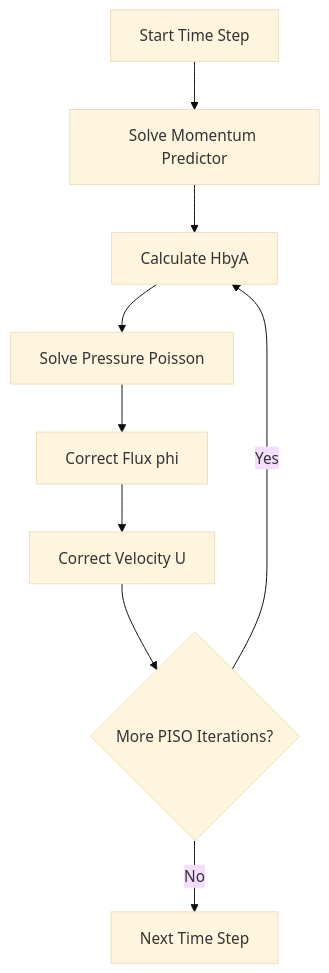
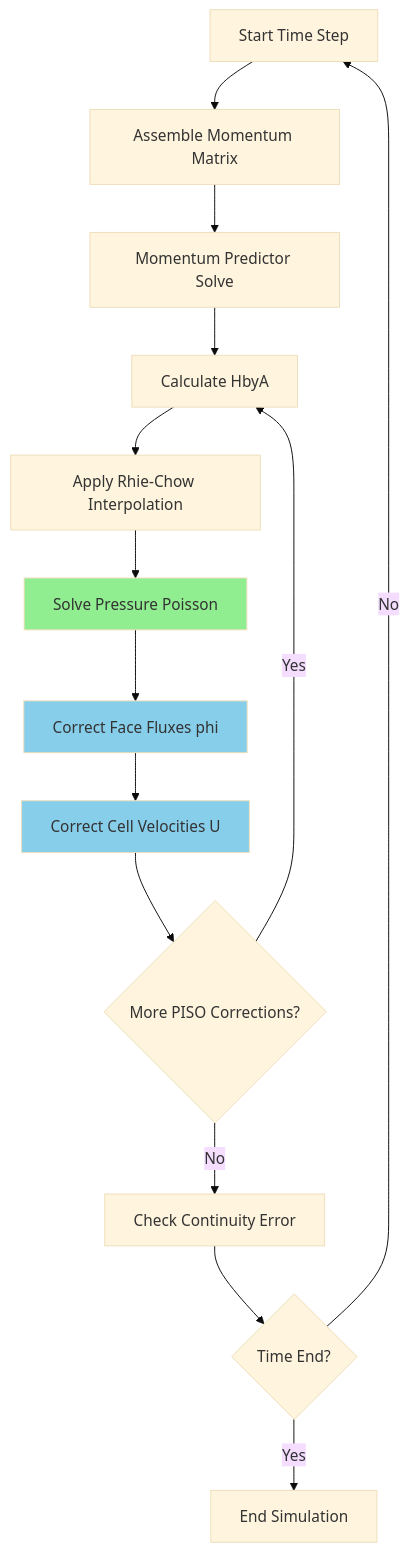
The diagram in MODULE_10_CFD_ENGINE_DEVELOPMENT/CONTENT/01_CODE_ANATOMY/01_icoFoam_Walkthrough.md (wramet/build-my-cfd), drawn with Mermaid (base theme) before and after one commit. The commit also changed other lines of this file and 203 other files, not shown here.

````diff
--- a/MODULE_10_CFD_ENGINE_DEVELOPMENT/CONTENT/01_CODE_ANATOMY/01_icoFoam_Walkthrough.md
+++ b/MODULE_10_CFD_ENGINE_DEVELOPMENT/CONTENT/01_CODE_ANATOMY/01_icoFoam_Walkthrough.md
@@ -252,11 +414,20 @@
 ```mermaid
 flowchart TD
-    A[Start Time Step] --> B[Solve Momentum Predictor]
-    B --> C[Calculate HbyA]
-    C --> D[Solve Pressure Poisson]
-    D --> E[Correct Flux phi]
-    E --> F[Correct Velocity U]
-    F --> G{More PISO Iterations?}
-    G -- Yes --> C
-    G -- No --> H[Next Time Step]
+    A[Start Time Step] --> B[Assemble Momentum Matrix]
+    B --> C[Momentum Predictor Solve]
+    C --> D[Calculate HbyA]
+    D --> E[Apply Rhie-Chow Interpolation]
+    E --> F[Solve Pressure Poisson]
+    F --> G[Correct Face Fluxes phi]
+    G --> H[Correct Cell Velocities U]
+    H --> I{More PISO Corrections?}
+    I -- Yes --> D
+    I -- No --> J[Check Continuity Error]
+    J --> K{Time End?}
+    K -- No --> A
+    K -- Yes --> L[End Simulation]
+    
+    style F fill:#90EE90
+    style G fill:#87CEEB
+    style H fill:#87CEEB
 ```
````
